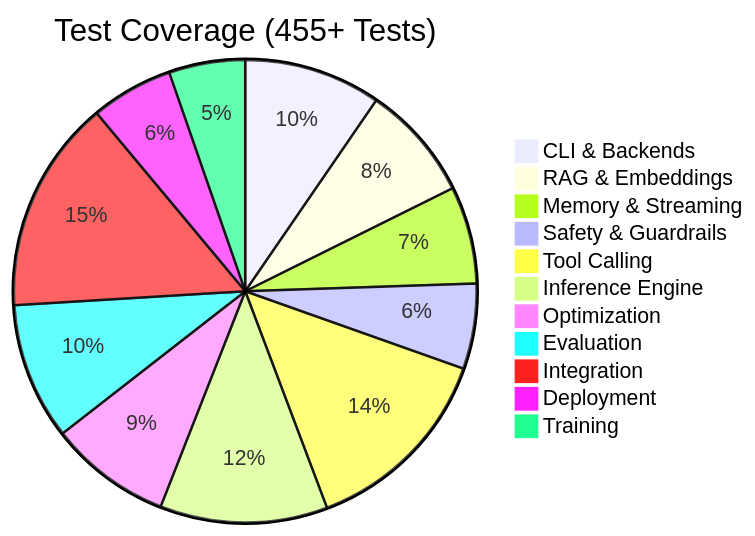
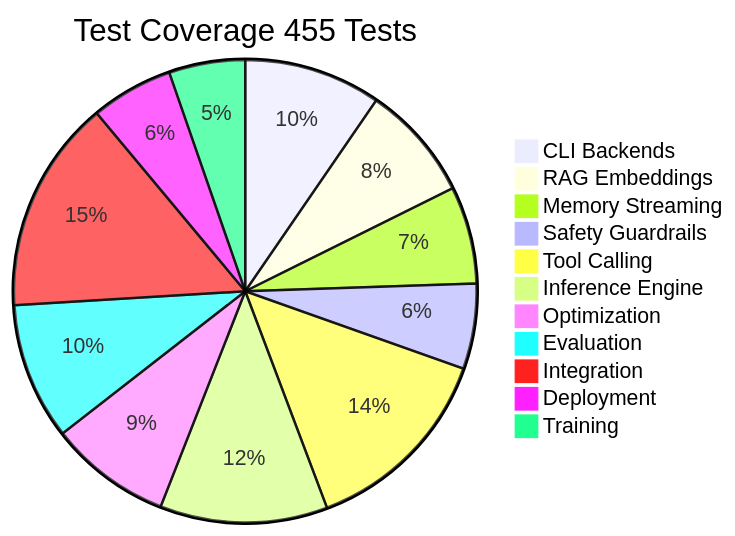
One commit to rbkhan007/Photato-Phi-3-Custom-Model changed the tenth of 14 diagrams in README.md. Above: the diagram before and after it, drawn with Mermaid. The commit also changed other lines of this file, not shown here.

Commit message:
fix Training Pipeline mermaid diagram rendering

````diff
--- a/README.md
+++ b/README.md
@@ -950,14 +1039,14 @@
 ```mermaid
-pie title Test Coverage (455+ Tests)
-    "CLI & Backends" : 45
-    "RAG & Embeddings" : 38
-    "Memory & Streaming" : 32
-    "Safety & Guardrails" : 28
+pie title Test Coverage 455 Tests
+    "CLI Backends" : 45
+    "RAG Embeddings" : 38
+    "Memory Streaming" : 32
+    "Safety Guardrails" : 28
     "Tool Calling" : 65
     "Inference Engine" : 55
     "Optimization" : 40
     "Evaluation" : 45
     "Integration" : 70
     "Deployment" : 27
     "Training" : 25
 ```
````
